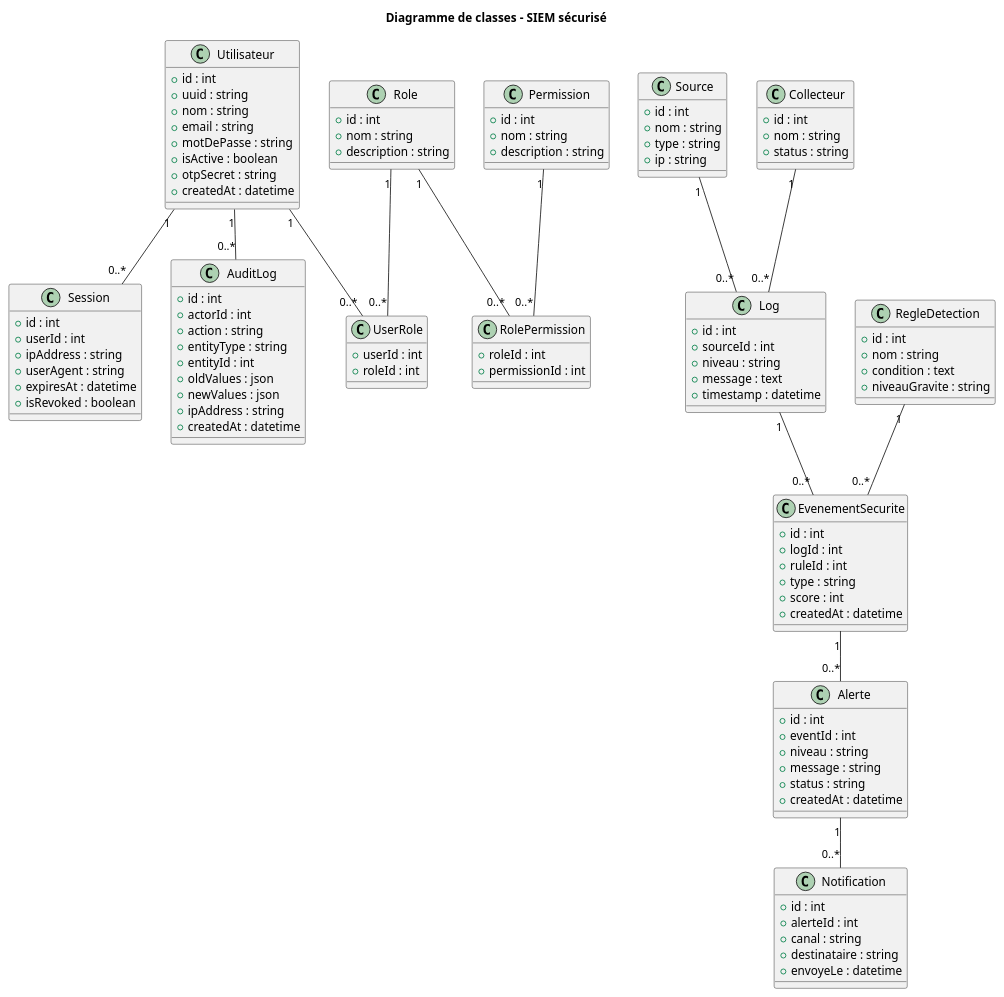
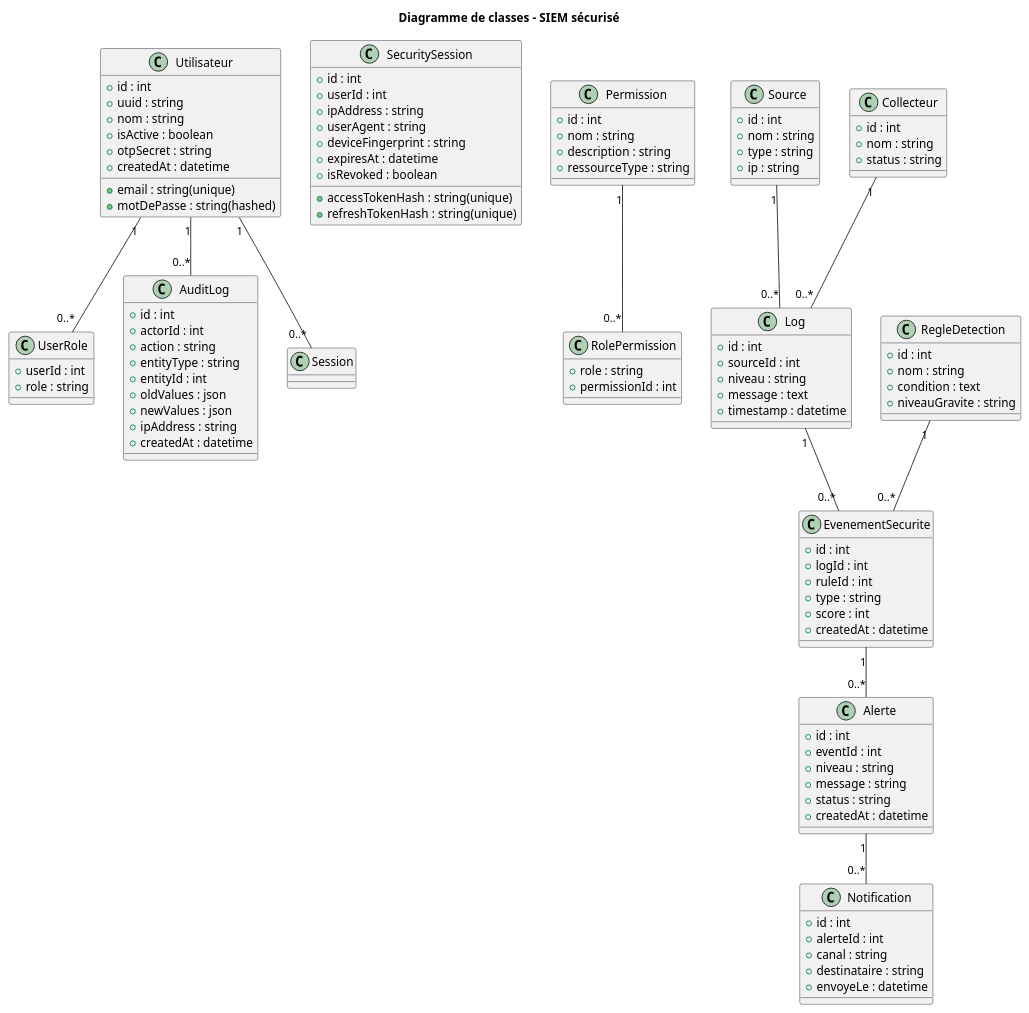
The diagram in public/UML/diagram-class.puml (Adolphe51/Projet-definitif-de-soutenance), drawn with PlantUML before and after one commit. The commit also changed 340 other files, not shown here.

```diff
--- a/public/UML/diagram-class.puml
+++ b/public/UML/diagram-class.puml
@@ -1,154 +1,150 @@
 @startuml
 title Diagramme de classes - SIEM sécurisé
 
 ' =========================
 ' UTILISATEUR & AUTH
 ' =========================
 
 class Utilisateur {
   +id : int
   +uuid : string
   +nom : string
-  +email : string
-  +motDePasse : string
+  +email : string(unique)
+  +motDePasse : string(hashed)
   +isActive : boolean
   +otpSecret : string
   +createdAt : datetime
 }
 
-class Session {
+class SecuritySession {
   +id : int
   +userId : int
+  +accessTokenHash : string(unique)
+  +refreshTokenHash : string(unique)
   +ipAddress : string
   +userAgent : string
+  +deviceFingerprint : string
   +expiresAt : datetime
   +isRevoked : boolean
-}
-
-class Role {
-  +id : int
-  +nom : string
-  +description : string
 }
 
 class Permission {
   +id : int
   +nom : string
   +description : string
+  +ressourceType : string
 }
 
 class UserRole {
   +userId : int
-  +roleId : int
+  +role : string
 }
 
 class RolePermission {
-  +roleId : int
+  +role : string
   +permissionId : int
 }
 
 ' =========================
 ' AUDIT
 ' =========================
 
 class AuditLog {
   +id : int
   +actorId : int
   +action : string
   +entityType : string
   +entityId : int
   +oldValues : json
   +newValues : json
   +ipAddress : string
   +createdAt : datetime
 }
 
 ' =========================
 ' COLLECTE DES LOGS
 ' =========================
 
 class Source {
   +id : int
   +nom : string
   +type : string
   +ip : string
 }
 
 class Log {
   +id : int
   +sourceId : int
   +niveau : string
   +message : text
   +timestamp : datetime
 }
 
 class Collecteur {
   +id : int
   +nom : string
   +status : string
 }
 
 ' =========================
 ' ANALYSE
 ' =========================
 
 class RegleDetection {
   +id : int
   +nom : string
   +condition : text
   +niveauGravite : string
 }
 
 class EvenementSecurite {
   +id : int
   +logId : int
   +ruleId : int
   +type : string
   +score : int
   +createdAt : datetime
 }
 
 ' =========================
 ' ALERTES
 ' =========================
 
 class Alerte {
   +id : int
   +eventId : int
   +niveau : string
   +message : string
   +status : string
   +createdAt : datetime
 }
 
 class Notification {
   +id : int
   +alerteId : int
   +canal : string
   +destinataire : string
   +envoyeLe : datetime
 }
 
 ' =========================
 ' RELATIONS
 ' =========================
 
 Utilisateur "1" -- "0..*" Session
 Utilisateur "1" -- "0..*" UserRole
-Role "1" -- "0..*" UserRole
 
-Role "1" -- "0..*" RolePermission
 Permission "1" -- "0..*" RolePermission
 
 Utilisateur "1" -- "0..*" AuditLog
 
 Source "1" -- "0..*" Log
 Collecteur "1" -- "0..*" Log
 
 Log "1" -- "0..*" EvenementSecurite
 RegleDetection "1" -- "0..*" EvenementSecurite
 
 EvenementSecurite "1" -- "0..*" Alerte
 Alerte "1" -- "0..*" Notification
 
 @enduml
```
